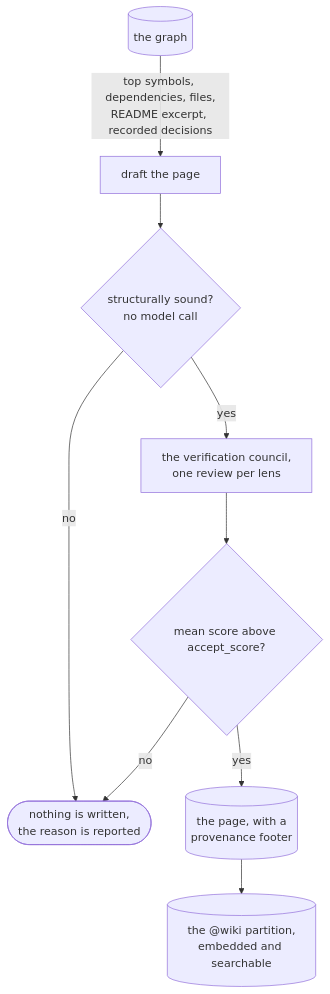
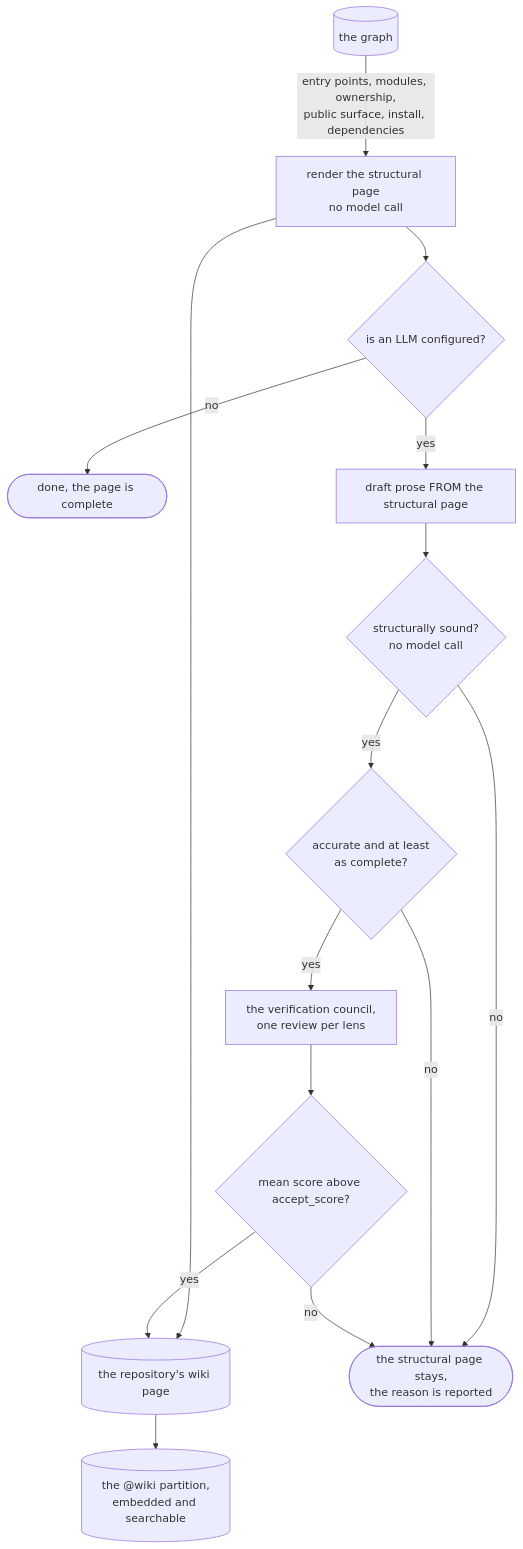
The diagram in docs/generate-wiki.md (sayak-sarkar/contextlake), drawn with Mermaid before and after one commit. The commit also changed other lines of this file and 2 other files, not shown here.

First line of the commit message:
docs(wiki): the two-stage page, and what prose must clear to replace it

````diff
--- a/docs/generate-wiki.md
+++ b/docs/generate-wiki.md
@@ -6,11 +10,17 @@
 ```mermaid
 flowchart TD
-  G[("the graph")] -->|"top symbols, dependencies, files,<br/>README excerpt, recorded decisions"| DR["draft the page"]
+  G[("the graph")] -->|"entry points, modules, ownership,<br/>public surface, install, dependencies"| ST["render the structural page<br/>no model call"]
+  ST --> W[("the repository's wiki page")]
+  W --> P[("the @wiki partition,<br/>embedded and searchable")]
+  ST --> Q{"is an LLM configured?"}
+  Q -->|no| DONE(["done, the page is complete"])
+  Q -->|yes| DR["draft prose FROM the structural page"]
   DR --> SG{"structurally sound?<br/>no model call"}
-  SG -->|no| X(["nothing is written,<br/>the reason is reported"])
-  SG -->|yes| C["the verification council,<br/>one review per lens"]
+  SG -->|no| K(["the structural page stays,<br/>the reason is reported"])
+  SG -->|yes| RG{"accurate and at least<br/>as complete?"}
+  RG -->|no| K
+  RG -->|yes| C["the verification council,<br/>one review per lens"]
   C --> S{"mean score above accept_score?"}
-  S -->|no| X
-  S -->|yes| W[("the page, with a<br/>provenance footer")]
-  W --> P[("the @wiki partition,<br/>embedded and searchable")]
+  S -->|no| K
+  S -->|yes| W
 ```
````
